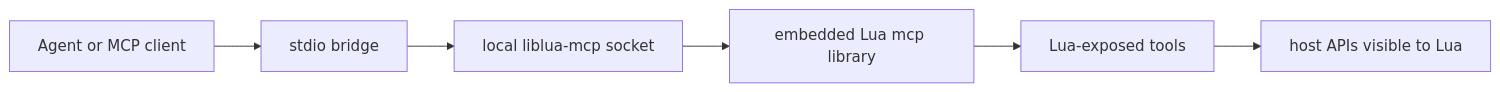
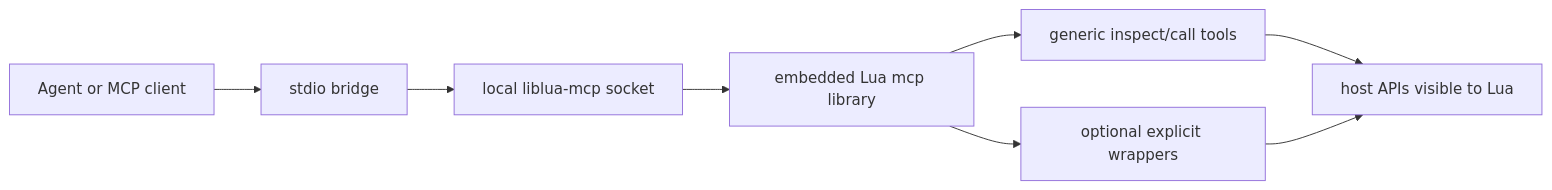
One commit to buanzo/lua-mcp changed the first of 2 diagrams in WHITEPAPER.md. Above: the diagram before and after it, drawn with Mermaid. The commit also changed other lines of this file and 6 other files, not shown here.

Commit message:
Add generic Lua MCP aperture tools

````diff
--- a/WHITEPAPER.md
+++ b/WHITEPAPER.md
@@ -79,8 +101,10 @@
 ```mermaid
 flowchart LR
     A[Agent or MCP client] --> B[stdio bridge]
     B --> C[local liblua-mcp socket]
     C --> D[embedded Lua mcp library]
-    D --> E[Lua-exposed tools]
+    D --> E[generic inspect/call tools]
+    D --> G[optional explicit wrappers]
     E --> F[host APIs visible to Lua]
+    G --> F
 ```
````
